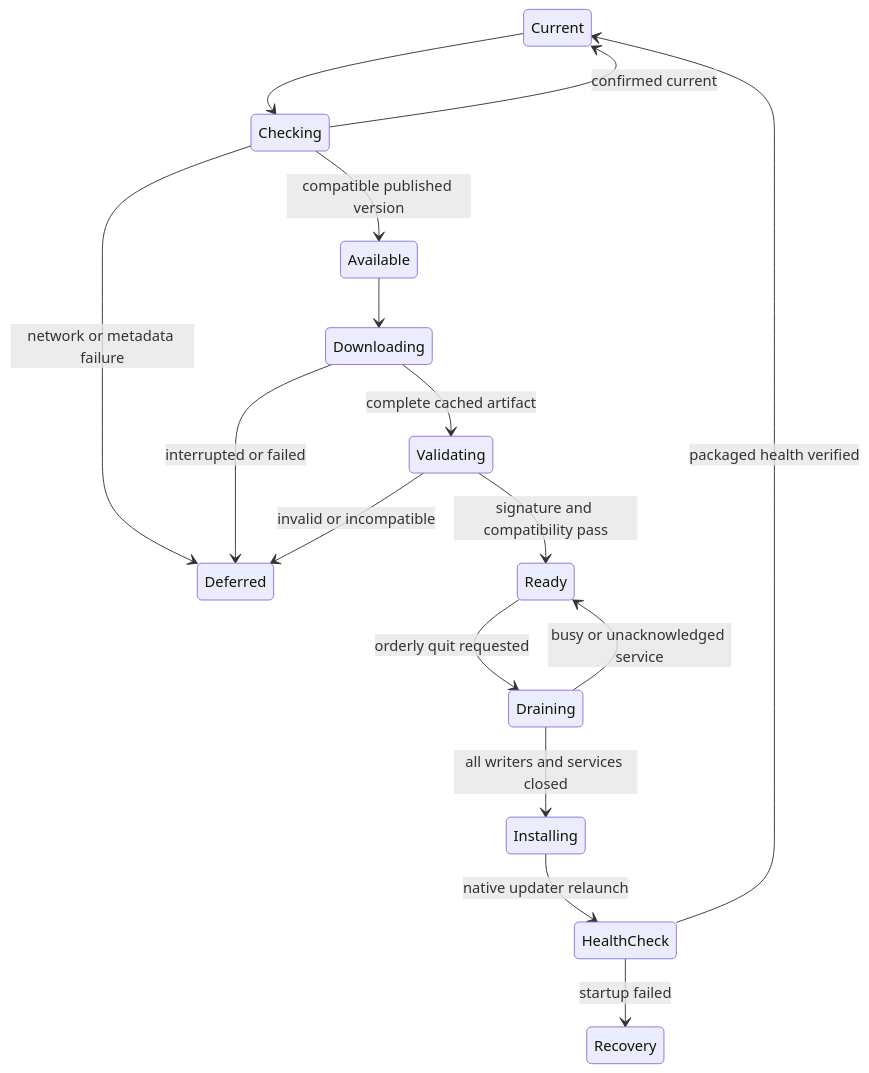
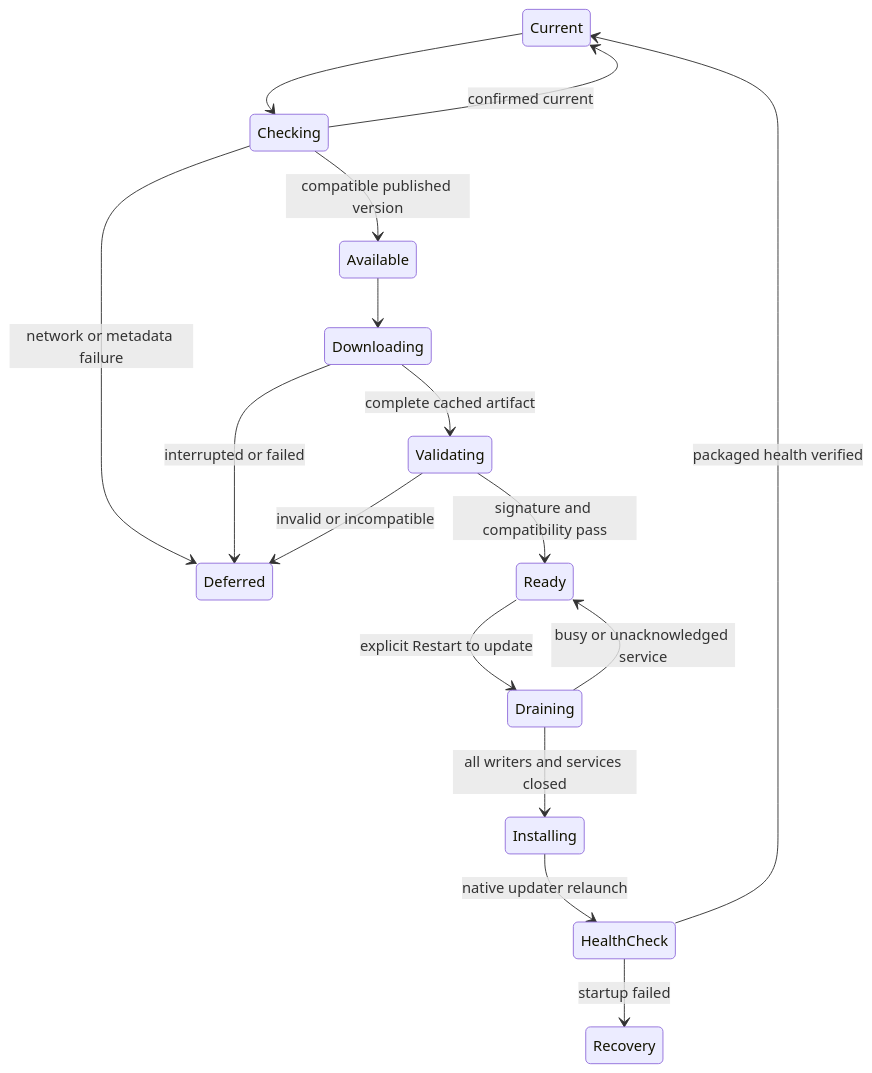
The diagram in docs/design/electron-production-spec.md (maxwellsdm1867/Rieke-OS), drawn with Mermaid before and after one commit. The commit also changed other lines of this file and 3 other files, not shown here.

Commit message:
Document bounded Quit and explicit desktop update installation

````diff
--- a/docs/design/electron-production-spec.md
+++ b/docs/design/electron-production-spec.md
@@ -154,18 +156,18 @@
 ```mermaid
 stateDiagram-v2
   Current --> Checking
   Checking --> Available: compatible published version
   Checking --> Current: confirmed current
   Checking --> Deferred: network or metadata failure
   Available --> Downloading
   Downloading --> Validating: complete cached artifact
   Downloading --> Deferred: interrupted or failed
   Validating --> Ready: signature and compatibility pass
   Validating --> Deferred: invalid or incompatible
-  Ready --> Draining: orderly quit requested
+  Ready --> Draining: explicit Restart to update
   Draining --> Ready: busy or unacknowledged service
   Draining --> Installing: all writers and services closed
   Installing --> HealthCheck: native updater relaunch
   HealthCheck --> Current: packaged health verified
   HealthCheck --> Recovery: startup failed
 ```
````
